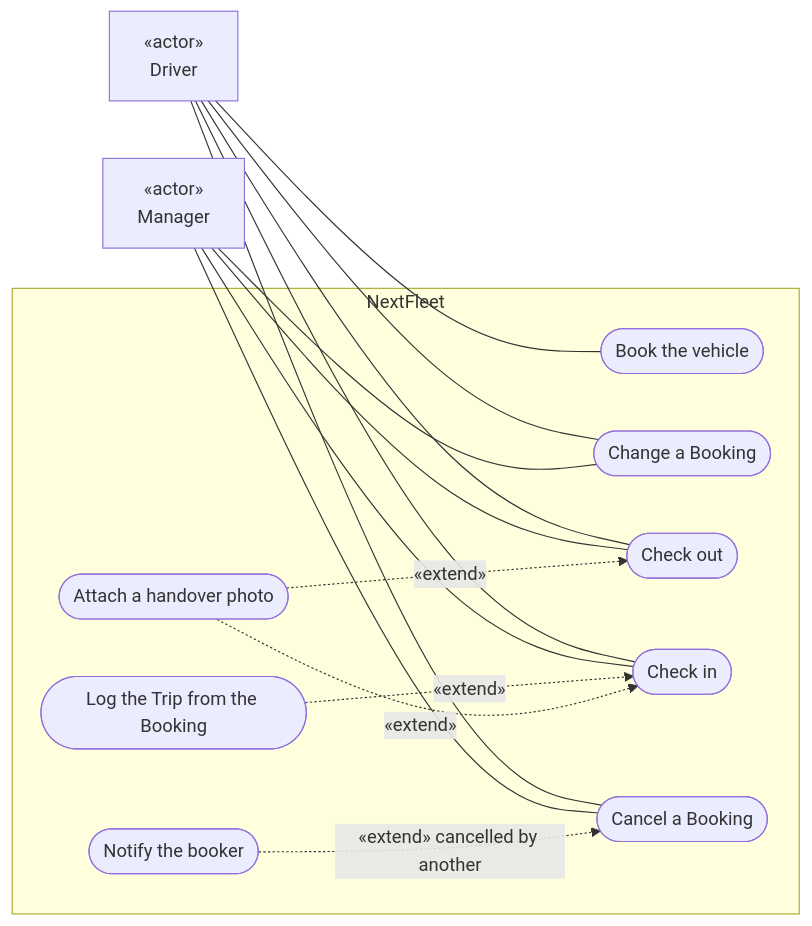
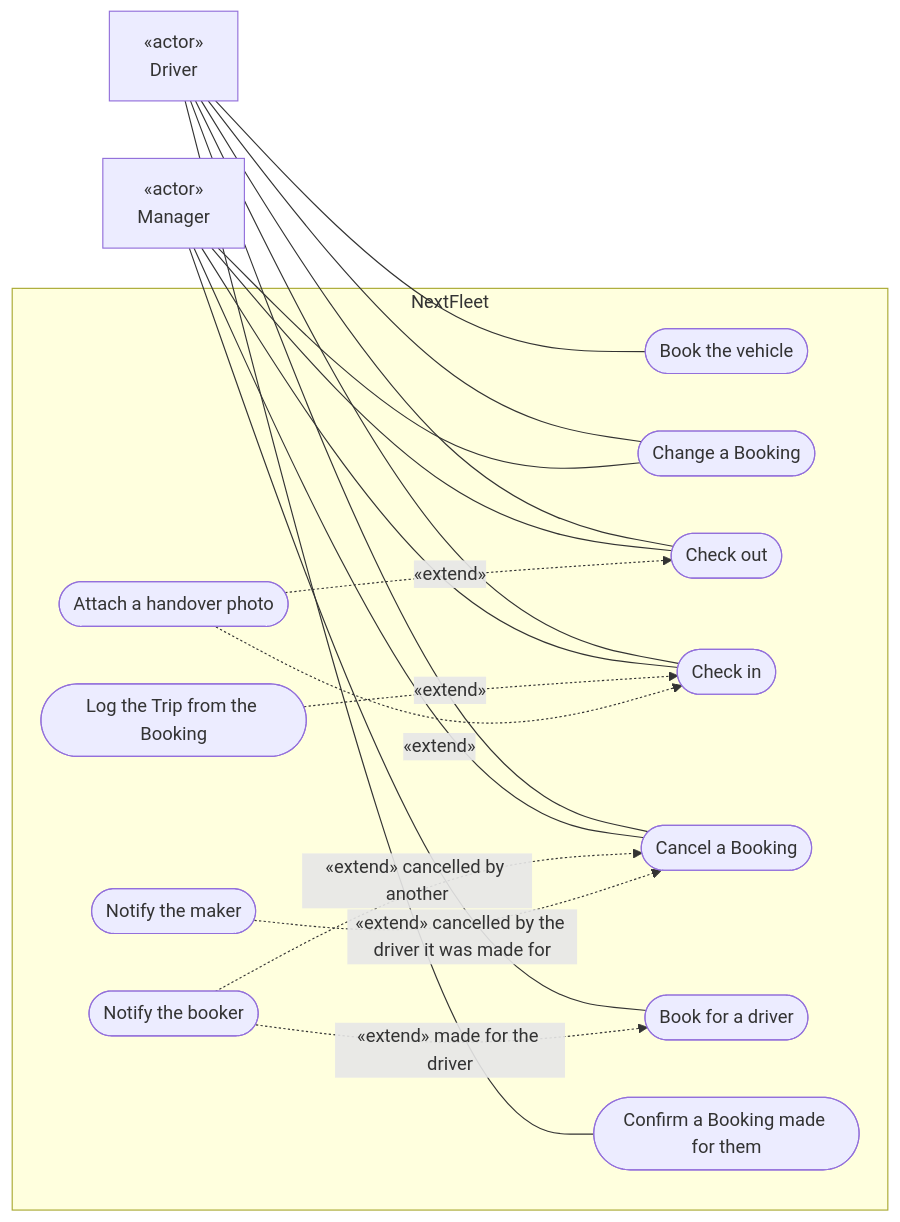
One commit to typical42/next-fleet changed the fourth of 8 diagrams in docs/design/context.md. Above: the diagram before and after it, drawn with Mermaid. The commit also changed other lines of this file and 136 other files, not shown here.

````diff
--- a/docs/design/context.md
+++ b/docs/design/context.md
@@ -112,20 +118,25 @@
 ```mermaid
 flowchart LR
     Driver["«actor»<br/>Driver"]
     Manager["«actor»<br/>Manager"]
     subgraph NextFleet
         book(["Book the vehicle"])
         change(["Change a Booking"])
         checkOut(["Check out"])
         checkIn(["Check in"])
         logTrip(["Log the Trip from the Booking"])
         photo(["Attach a handover photo"])
         cancel(["Cancel a Booking"])
+        bookFor(["Book for a driver"])
+        seen(["Confirm a Booking made for them"])
         notify(["Notify the booker"])
+        notifyMaker(["Notify the maker"])
     end
-    Driver --- book & change & checkOut & checkIn & cancel
-    Manager --- change & checkOut & checkIn & cancel
+    Driver --- book & change & checkOut & checkIn & cancel & seen
+    Manager --- change & checkOut & checkIn & cancel & bookFor
     logTrip -.->|«extend»| checkIn
     photo -.->|«extend»| checkOut & checkIn
     notify -.->|«extend» cancelled by another| cancel
+    notify -.->|«extend» made for the driver| bookFor
+    notifyMaker -.->|«extend» cancelled by the driver it was made for| cancel
 ```
````
